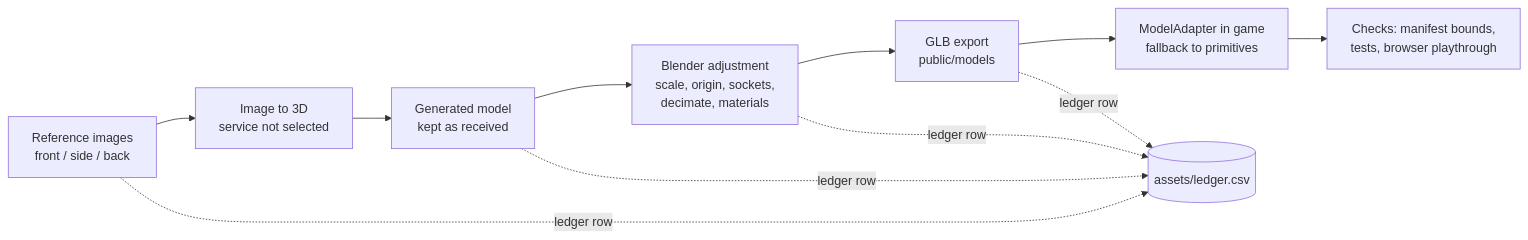
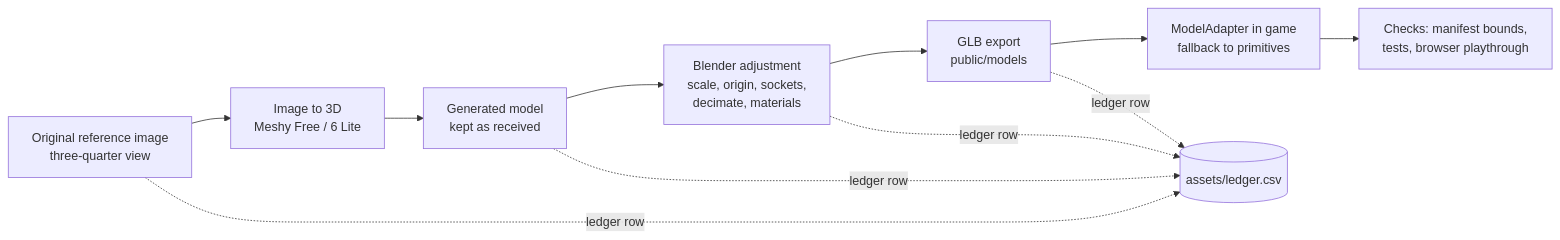
One commit to shunkat/sento-duck-explorer changed the diagram in .kiro/specs/final-assets/design.md. Above: the diagram before and after it, drawn with Mermaid. The commit also changed other lines of this file and 33 other files, not shown here.

````diff
--- a/.kiro/specs/final-assets/design.md
+++ b/.kiro/specs/final-assets/design.md
@@ -16,13 +16,13 @@
 ```mermaid
 flowchart LR
-  A[Reference images<br/>front / side / back] --> B[Image to 3D<br/>service not selected]
+  A[Original reference image<br/>three-quarter view] --> B[Image to 3D<br/>Meshy Free / 6 Lite]
   B --> C[Generated model<br/>kept as received]
   C --> D[Blender adjustment<br/>scale, origin, sockets,<br/>decimate, materials]
   D --> E[GLB export<br/>public/models]
   E --> F[ModelAdapter in game<br/>fallback to primitives]
   F --> G[Checks: manifest bounds,<br/>tests, browser playthrough]
   A -. ledger row .-> L[(assets/ledger.csv)]
   C -. ledger row .-> L
   D -. ledger row .-> L
   E -. ledger row .-> L
 ```
````
